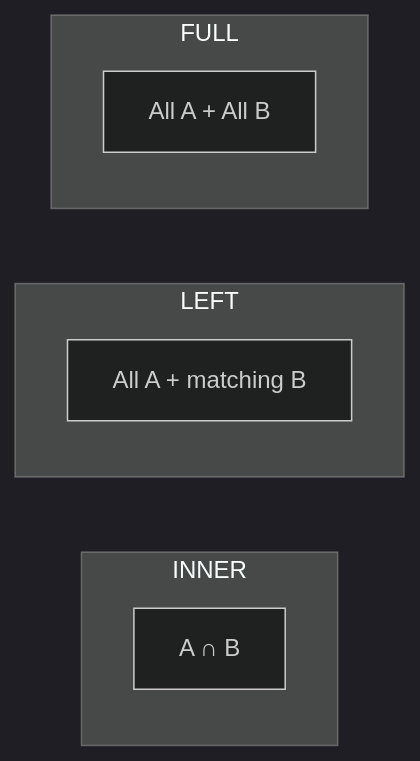
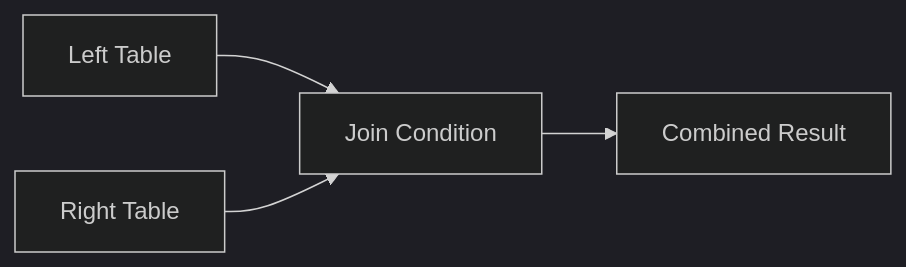
The fourth of 5 diagrams in 10-quick-reference-sheets/commands/sql-cheat-sheet.md (dartsen/knowledge-repository), drawn with Mermaid (dark theme) before and after one commit. The commit also changed other lines of this file, not shown here.

````diff
--- a/10-quick-reference-sheets/commands/sql-cheat-sheet.md
+++ b/10-quick-reference-sheets/commands/sql-cheat-sheet.md
@@ -59,12 +507,6 @@
 ```mermaid
 flowchart LR
-    subgraph INNER
-        i["A ∩ B"]
-    end
-    subgraph LEFT
-        l["All A + matching B"]
-    end
-    subgraph FULL
-        f["All A + All B"]
-    end
+    A["Left Table"] --> J["Join Condition"]
+    B["Right Table"] --> J
+    J --> R["Combined Result"]
 ```
````
